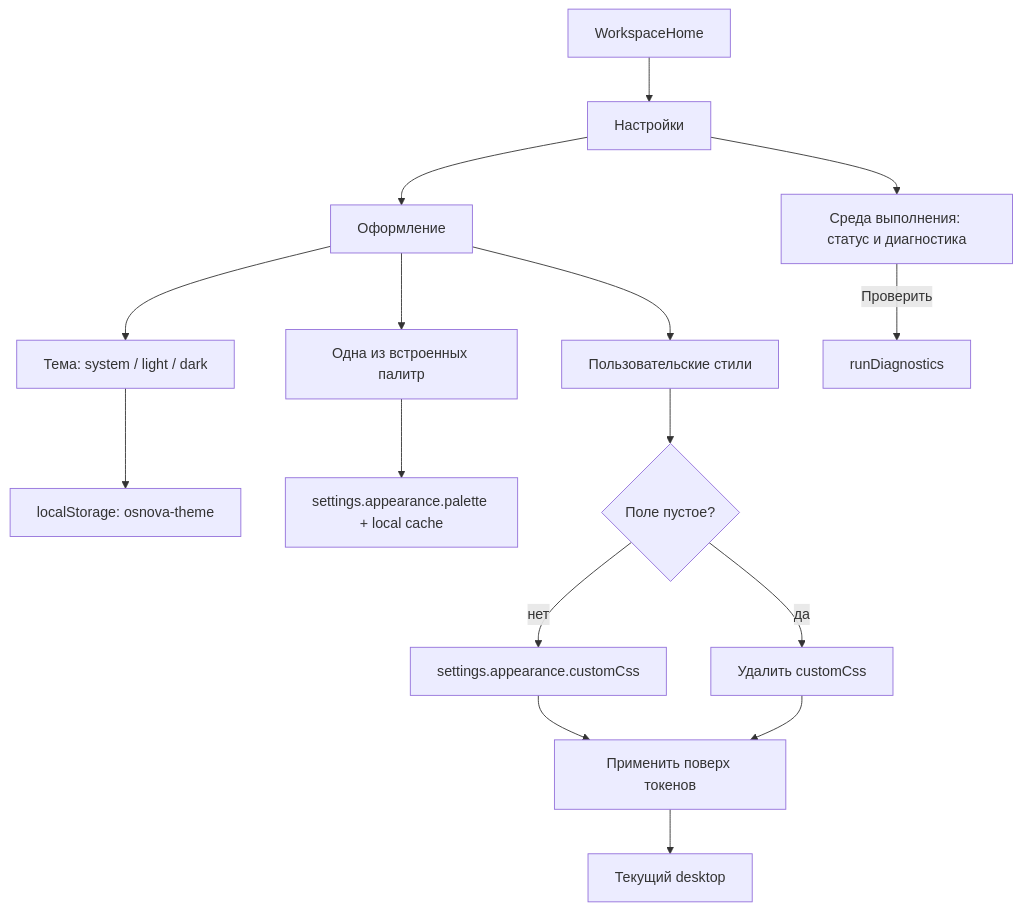
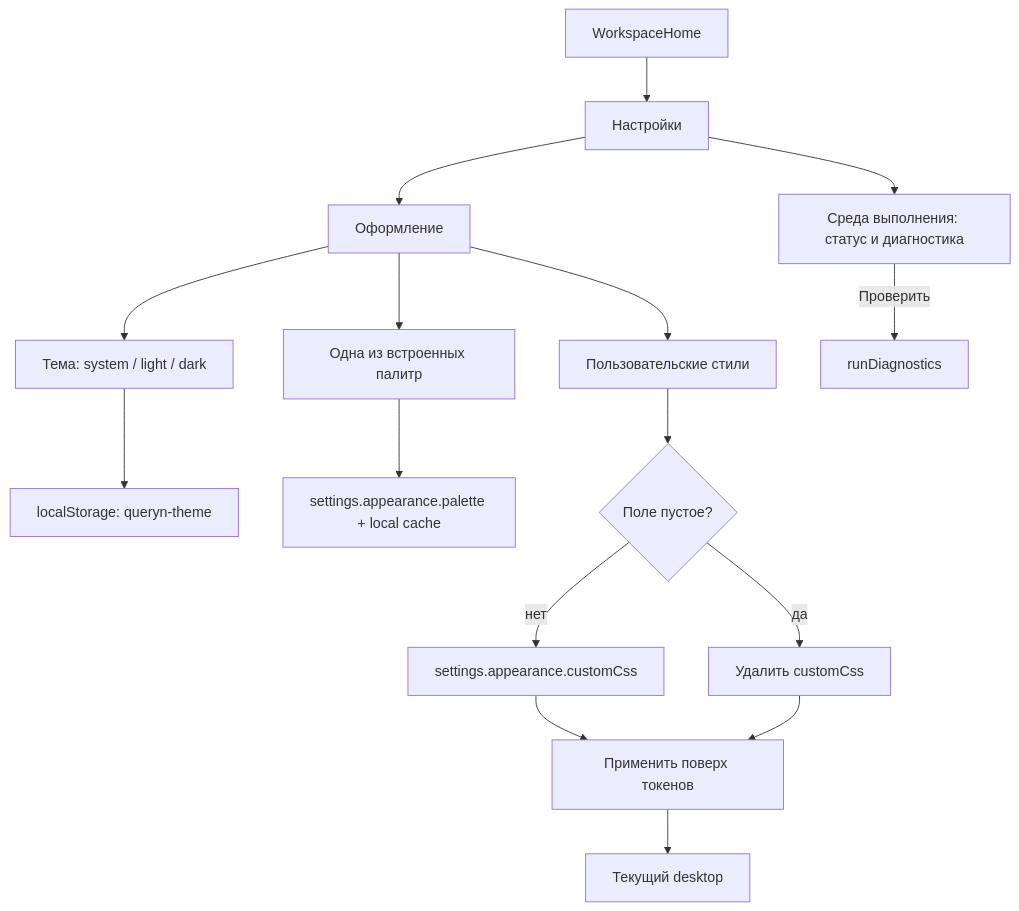
The diagram in docs/product/flows/settings-theme-css.md (Queryn-labs/queryn-docs), drawn with Mermaid before and after one commit. The commit also changed 48 other files, not shown here.

```diff
--- a/docs/product/flows/settings-theme-css.md
+++ b/docs/product/flows/settings-theme-css.md
@@ -16,18 +16,18 @@
 ~~~mermaid
 flowchart TD
   Home["WorkspaceHome"] --> Settings["Настройки"]
   Settings --> Appearance["Оформление"]
   Appearance --> Theme["Тема: system / light / dark"]
   Appearance --> Palette["Одна из встроенных палитр"]
   Appearance --> CSS["Пользовательские стили"]
-  Theme --> LocalTheme["localStorage: osnova-theme"]
+  Theme --> LocalTheme["localStorage: queryn-theme"]
   Palette --> SavePalette["settings.appearance.palette + local cache"]
   CSS --> Normalize{"Поле пустое?"}
   Normalize -->|нет| StoreCSS["settings.appearance.customCss"]
   Normalize -->|да| RemoveCSS["Удалить customCss"]
   StoreCSS --> Apply["Применить поверх токенов"]
   RemoveCSS --> Apply
   Apply --> App["Текущий desktop"]
   Settings --> Runtime["Среда выполнения: статус и диагностика"]
   Runtime -->|Проверить| Doctor["runDiagnostics"]
 ~~~
```
